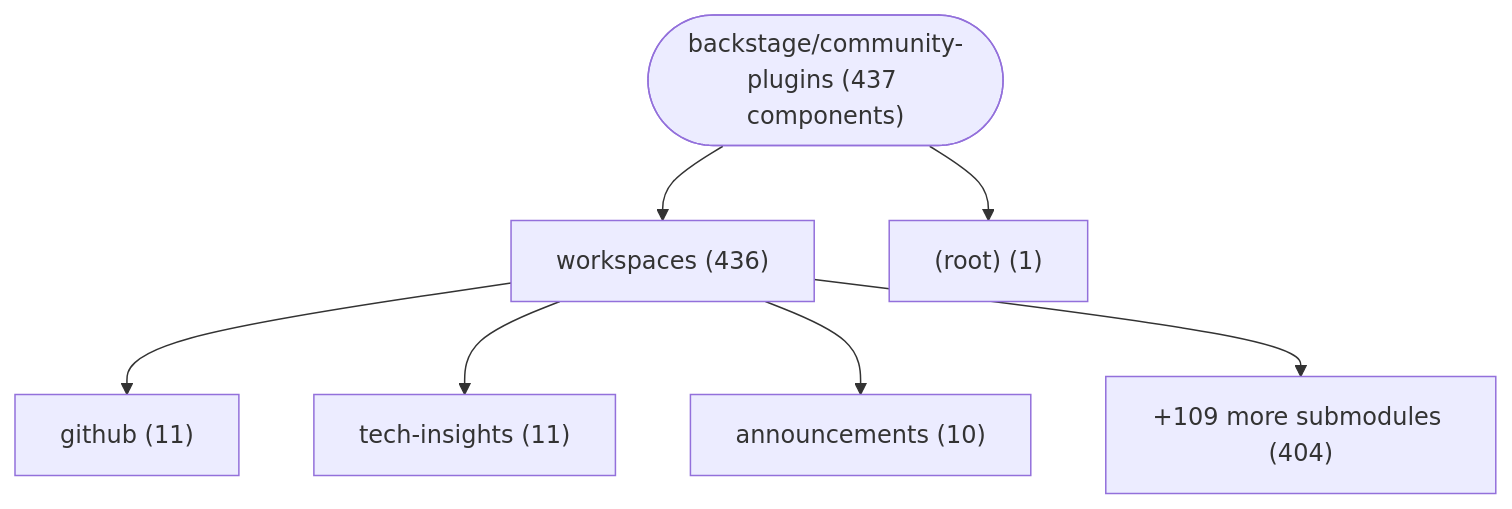
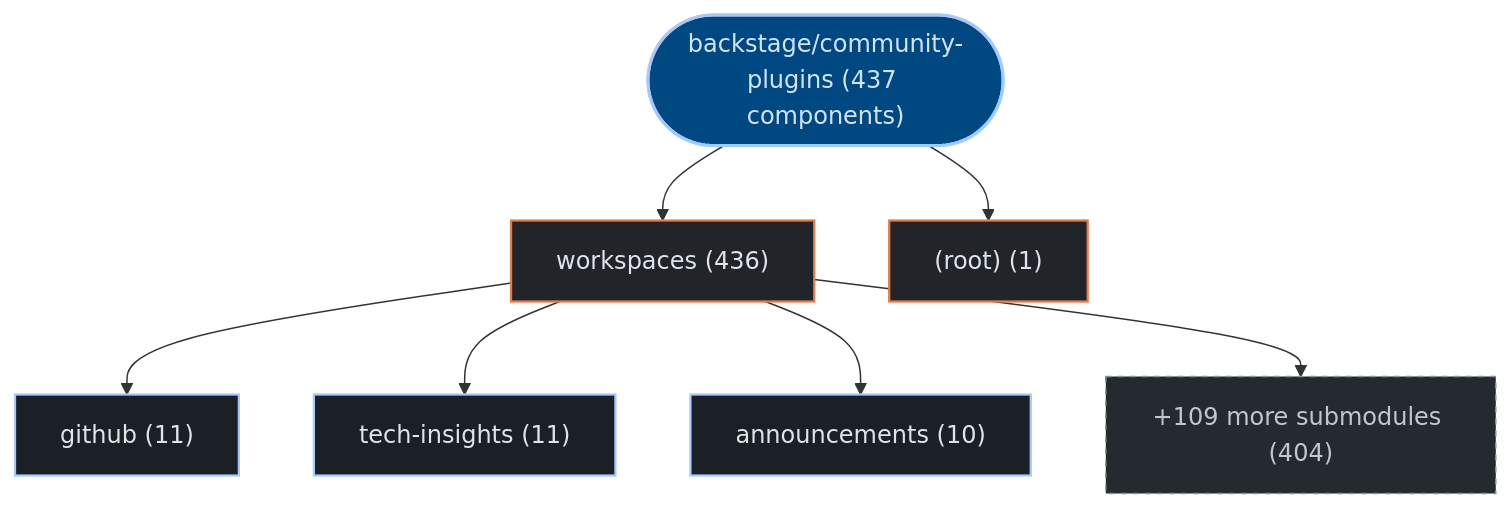
One commit to kumarshaz/atruss-code-atlas changed the first of 2 diagrams in exports/latest/reports/backstage-community-plugins-report.md. Above: the diagram before and after it, drawn with Mermaid. The commit also changed other lines of this file and 331 other files, not shown here.

Commit message:
docs,ui,fix: update SDLC docs, reorder CI/CD DAG first, stylize Mermaid, and fix Arc42 pipeline topology

````diff
--- a/exports/latest/reports/backstage-community-plugins-report.md
+++ b/exports/latest/reports/backstage-community-plugins-report.md
@@ -42,16 +42,23 @@
 ```mermaid
 graph TD;
-    repo_root(["backstage/community-plugins (437 components)"])
-    dir_0_workspaces["workspaces (436)"]
+  classDef atlasRoot fill:#004882,stroke:#a3c9ff,stroke-width:2px,color:#d3e4ff
+  classDef atlasCategory fill:#212428,stroke:#E87A48,stroke-width:1.5px,color:#dfe3eb
+  classDef atlasWorkflow fill:#1b2026,stroke:#a3c9ff,stroke-width:1.5px,color:#dfe3eb
+  classDef atlasJob fill:#171c22,stroke:#8d9199,stroke-width:1px,color:#dfe3eb
+  classDef atlasTarget fill:#005227,stroke:#8bd99b,stroke-width:1.5px,color:#a7f6b6
+  classDef atlasAlert fill:#93000a,stroke:#ffb4ab,stroke-width:1.5px,color:#ffdad6
+  classDef atlasMore fill:#252a31,stroke:#8d9199,stroke-dasharray:4 4,color:#c3c6cf
+    repo_root(["backstage/community-plugins (437 components)"]):::atlasRoot
+    dir_0_workspaces["workspaces (436)"]:::atlasCategory
     repo_root --> dir_0_workspaces
-    sub_0_0_github["github (11)"]
+    sub_0_0_github["github (11)"]:::atlasWorkflow
     dir_0_workspaces --> sub_0_0_github
-    sub_0_1_tech_insights["tech-insights (11)"]
+    sub_0_1_tech_insights["tech-insights (11)"]:::atlasWorkflow
     dir_0_workspaces --> sub_0_1_tech_insights
-    sub_0_2_announcements["announcements (10)"]
+    sub_0_2_announcements["announcements (10)"]:::atlasWorkflow
     dir_0_workspaces --> sub_0_2_announcements
-    sub_0_more["+109 more submodules (404)"]
+    sub_0_more["+109 more submodules (404)"]:::atlasMore
     dir_0_workspaces --> sub_0_more
-    dir_1__root_["(root) (1)"]
+    dir_1__root_["(root) (1)"]:::atlasCategory
     repo_root --> dir_1__root_
 ```
````
